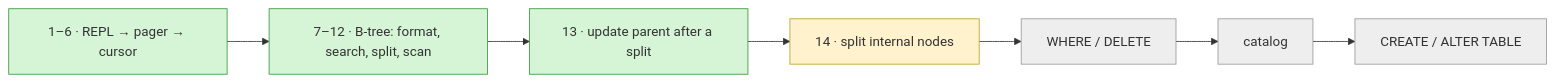
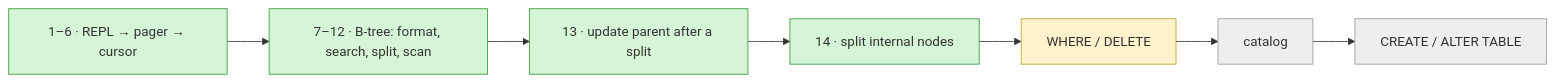
Diagram 20 of 20 in README.md (Rohitangshu2026/mini-sql), drawn with Mermaid before and after one commit. The commit also changed other lines of this file, not shown here.

````diff
--- a/README.md
+++ b/README.md
@@ -945,17 +1028,17 @@
 ```mermaid
 flowchart LR
     A["1–6 · REPL → pager → cursor"] --> B["7–12 · B-tree: format, search, split, scan"]
     B --> C["13 · update parent after a split"]
     C --> D["14 · split internal nodes"]
     D --> E["WHERE / DELETE"]
     E --> F["catalog"]
     F --> G["CREATE / ALTER TABLE"]
 
     classDef done fill:#d6f5d6,stroke:#3a9a3a;
     classDef now fill:#fff2cc,stroke:#bba12a;
     classDef todo fill:#eeeeee,stroke:#999999;
 
-    class A,B,C done;
-    class D now;
-    class E,F,G todo;
+    class A,B,C,D done;
+    class E now;
+    class F,G todo;
 ```
````
